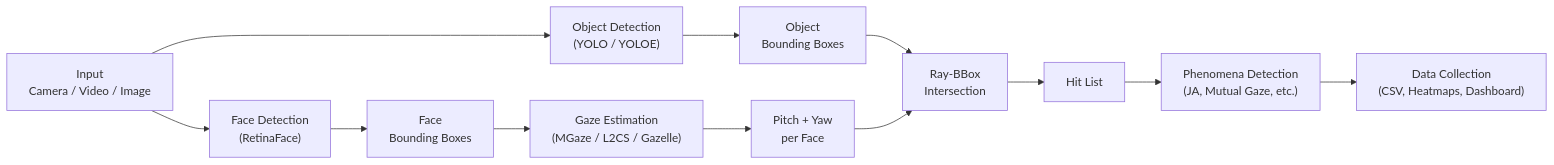
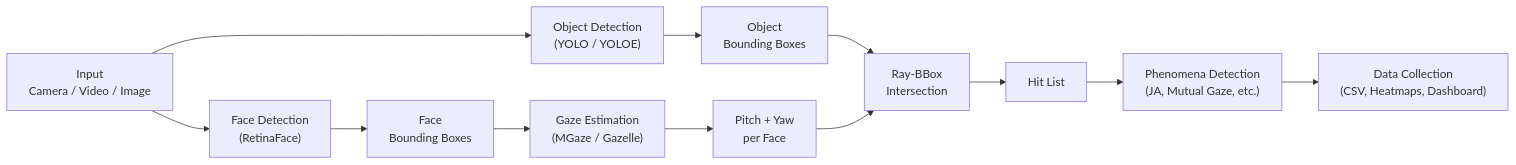
One commit to kylen-d/mindsight changed the diagram in docs/index.md. Above: the diagram before and after it, drawn with Mermaid. The commit also changed other lines of this file and 24 other files, not shown here.

Commit message:
feat(gaze)!: drop L2CS backend (roadmap: no public weights, superseded by MGaze+Gazelle)

````diff
--- a/docs/index.md
+++ b/docs/index.md
@@ -17,14 +17,14 @@
 ```mermaid
 flowchart LR
     A["Input\nCamera / Video / Image"] --> B["Object Detection\n(YOLO / YOLOE)"]
     A --> C["Face Detection\n(RetinaFace)"]
     B --> D["Object\nBounding Boxes"]
     C --> E["Face\nBounding Boxes"]
-    E --> F["Gaze Estimation\n(MGaze / L2CS / Gazelle)"]
+    E --> F["Gaze Estimation\n(MGaze / Gazelle)"]
     F --> G["Pitch + Yaw\nper Face"]
     D --> H["Ray-BBox\nIntersection"]
     G --> H
     H --> I["Hit List"]
     I --> J["Phenomena Detection\n(JA, Mutual Gaze, etc.)"]
     J --> K["Data Collection\n(CSV, Heatmaps, Dashboard)"]
 ```
````
